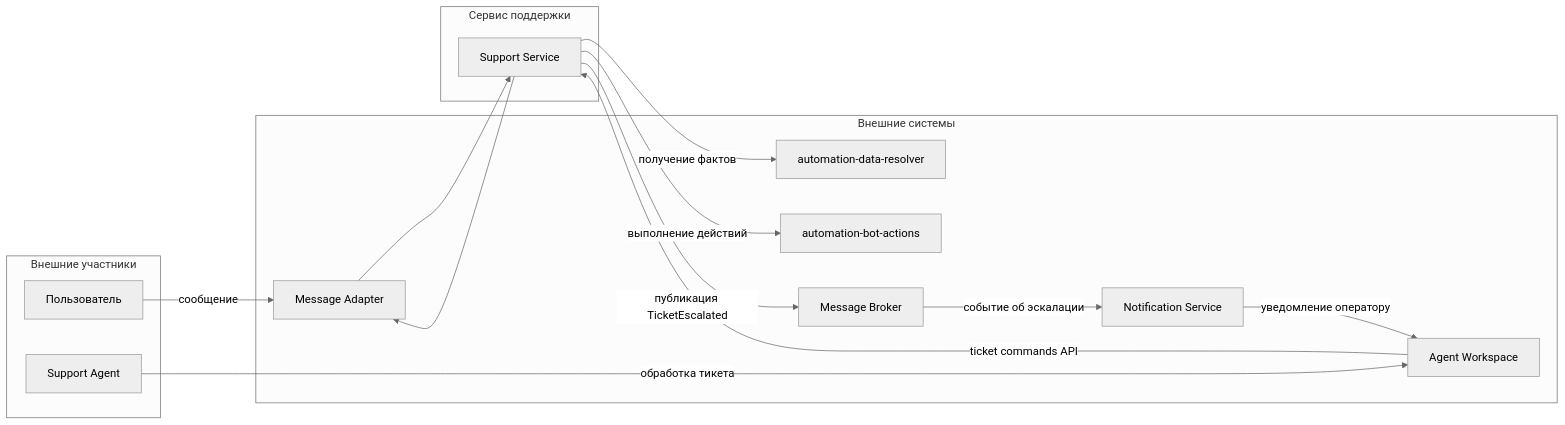
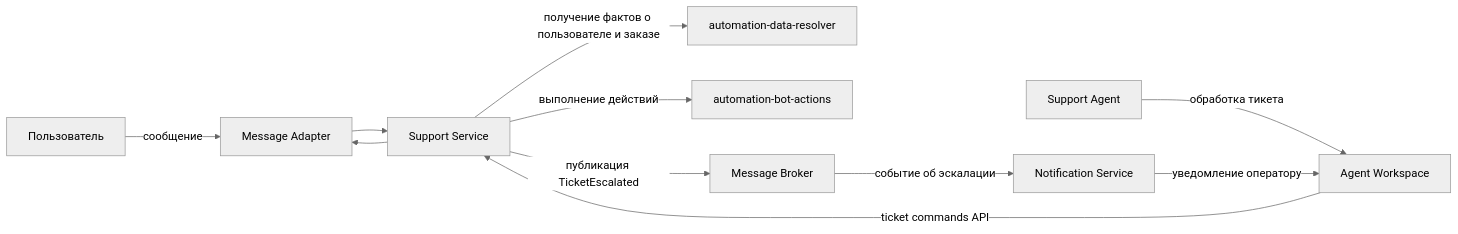
Before and after one commit to Desnn1ch/OOPlabs: the first of 4 diagrams in lab-1.md, drawn with Mermaid (neutral theme). The commit also changed other lines of this file, not shown here.

````diff
--- a/lab-1.md
+++ b/lab-1.md
@@ -121,33 +113,25 @@
 ```mermaid
 flowchart LR
-    subgraph Внешние участники
-        User[Пользователь]
-        Agent[Support Agent]
-    end
-
-    subgraph Внешние системы
-        input[Message Adapter]
-        webagent[Agent Workspace]
-        data[automation-data-resolver]
-        actions[automation-bot-actions]
-        broker[Message Broker]
-        notification[Notification Service]
-    end
-
-    subgraph Сервис поддержки
-        suport[Support Service]
-    end
+    User[Пользователь]
+    Agent[Support Agent]
+    input[Message Adapter]
+    webagent[Agent Workspace]
+    data[automation-data-resolver]
+    actions[automation-bot-actions]
+    broker[Message Broker]
+    notification[Notification Service]
+    suport[Support Service]
 
     User -->|сообщение| input
     input --> suport
     suport --> input
 
     Agent -->|обработка тикета| webagent
     webagent -->|ticket commands API| suport
 
-    suport -->|получение фактов| data
+    suport -->|получение фактов о пользователе и заказе| data
     suport -->|выполнение действий| actions
     suport -->|публикация TicketEscalated| broker
     broker -->|событие об эскалации| notification
     notification -->|уведомление оператору| webagent
 ```
````
